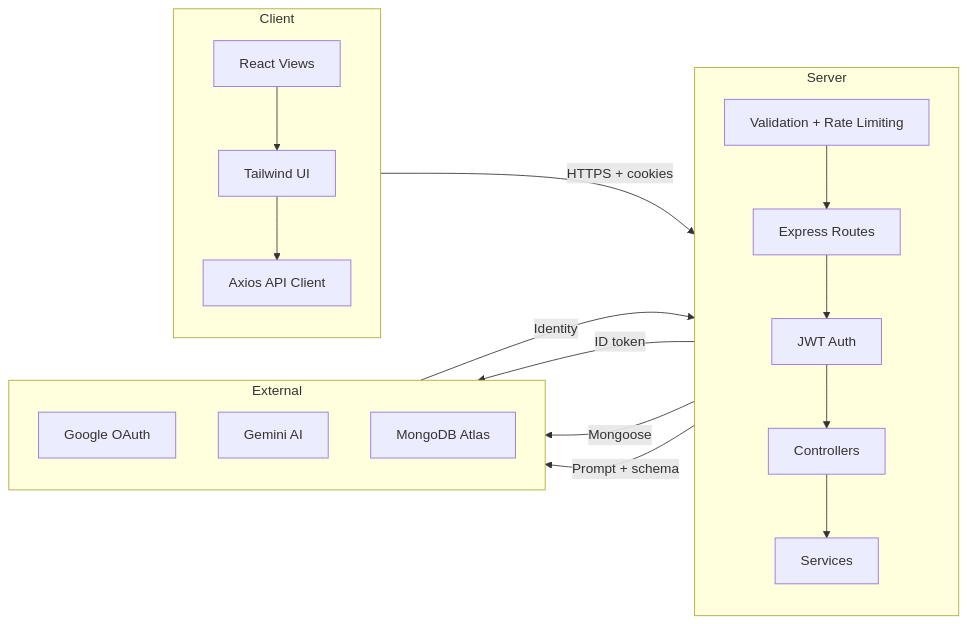
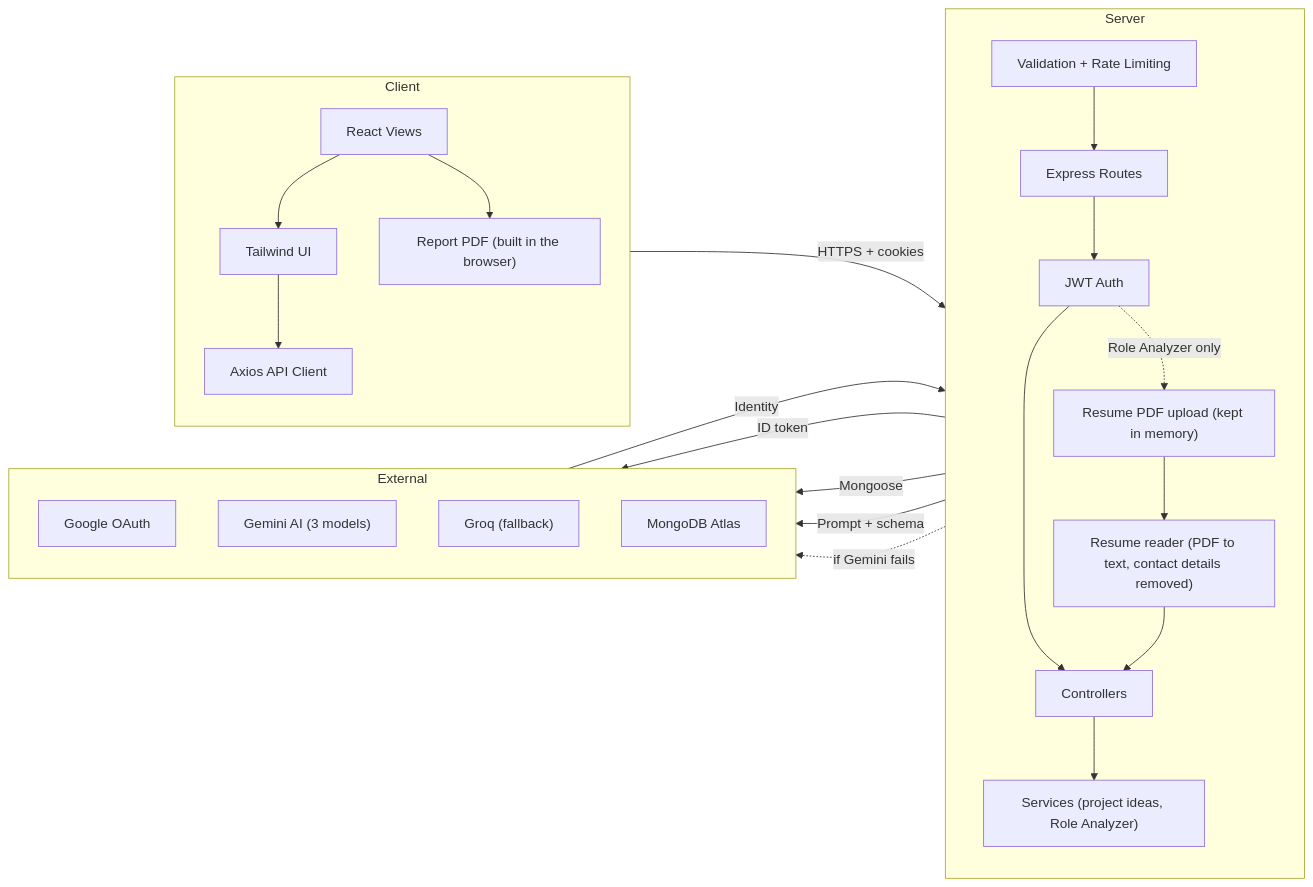
Before and after one commit to SahilSameer18/prepstack: the first of 4 diagrams in README.md, drawn with Mermaid. The commit also changed other lines of this file and 3 other files, not shown here.

Commit message:
docs: fix README (license, links, diagrams incl. broken token-refresh diagram, ERD, file tree, honest claims), add Testing and Known Limitations, move extra highlights to docs/ENGINEERING.md

````diff
--- a/README.md
+++ b/README.md
@@ -124,33 +121,40 @@
 ```mermaid
 flowchart LR
     subgraph Client["Client"]
         direction TB
         Pages["React Views"]
         UI["Tailwind UI"]
         HTTP["Axios API Client"]
+        Pdf["Report PDF (built in the browser)"]
         Pages --> UI --> HTTP
+        Pages --> Pdf
     end
 
     subgraph Backend["Server"]
         direction TB
         Router["Express Routes"]
         Guard["Validation + Rate Limiting"]
         Auth["JWT Auth"]
+        Upload["Resume PDF upload (kept in memory)"]
+        Resume["Resume reader (PDF to text, contact details removed)"]
         Ctrl["Controllers"]
-        Service["Services"]
+        Service["Services (project ideas, Role Analyzer)"]
         Guard --> Router --> Auth --> Ctrl --> Service
+        Auth -.->|"Role Analyzer only"| Upload --> Resume --> Ctrl
     end
 
     subgraph External["External"]
         direction TB
         Google["Google OAuth"]
-        AI["Gemini AI"]
+        AI["Gemini AI (3 models)"]
+        Groq["Groq (fallback)"]
         DB["MongoDB Atlas"]
     end
 
     HTTP -->|"HTTPS + cookies"| Router
     Router -->|"ID token"| Google
     Google -->|"Identity"| Auth
     Ctrl -->|"Mongoose"| DB
     Service -->|"Prompt + schema"| AI
+    Service -.->|"if Gemini fails"| Groq
 ```
````
